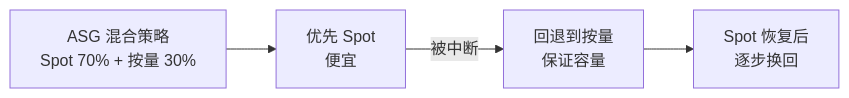
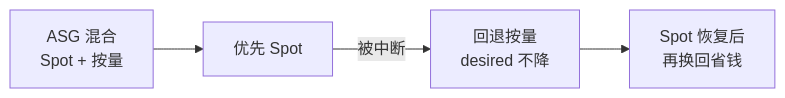
The fourth of 5 diagrams in 06-云平台/02-云上计算与弹性/知识点.md (ml-cuizijun/LearnToLilith), drawn with Mermaid before and after one commit. The commit also changed other lines of this file and 178 other files, not shown here.

````diff
--- a/06-云平台/02-云上计算与弹性/知识点.md
+++ b/06-云平台/02-云上计算与弹性/知识点.md
@@ -350,6 +321,6 @@
 ```mermaid
 flowchart LR
-    ASG["ASG 混合策略<br/>Spot 70% + 按量 30%"] --> SPOT["优先 Spot<br/>便宜"]
-    SPOT -->|"被中断"| FALL["回退到按量<br/>保证容量"]
-    FALL --> RESTORE["Spot 恢复后<br/>逐步换回"]
+    MIX["ASG 混合<br/>Spot + 按量"] --> SPOT["优先 Spot"]
+    SPOT -->|"被中断"| OD["回退按量<br/>desired 不降"]
+    OD --> BACK["Spot 恢复后<br/>再换回省钱"]
 ```
````
